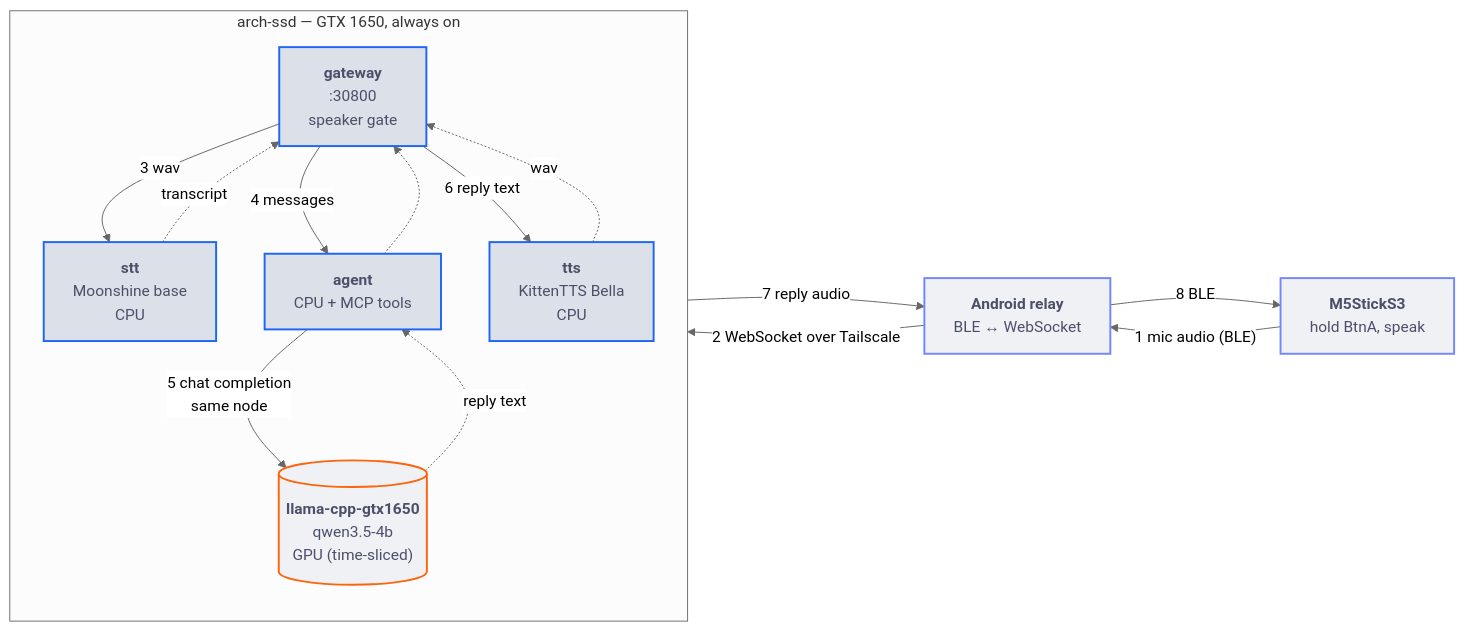
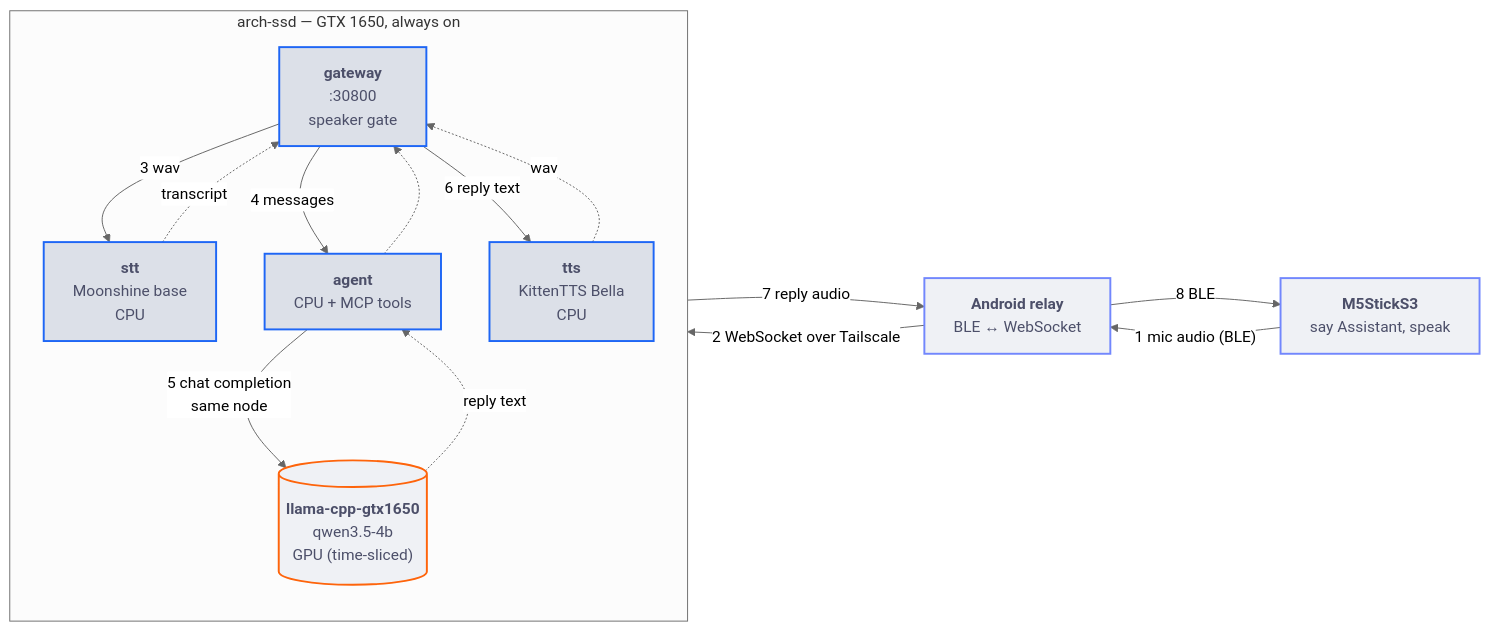
One commit to adixg/voice-assistant changed the third of 5 diagrams in README.md. Above: the diagram before and after it, drawn with Mermaid (neutral theme). The commit also changed other lines of this file and 5 other files, not shown here.

````diff
--- a/README.md
+++ b/README.md
@@ -178,34 +102,34 @@
 ```mermaid
 flowchart LR
-    stick["<b>M5StickS3</b><br>hold BtnA, speak"]
+    stick["<b>M5StickS3</b><br>say Assistant, speak"]
     phone["<b>Android relay</b><br>BLE ↔ WebSocket"]
 
     subgraph ssd["arch-ssd — GTX 1650, always on"]
         direction TB
         gw["<b>gateway</b><br>:30800<br>speaker gate"]
         stt["<b>stt</b><br>Moonshine base<br>CPU"]
         agent["<b>agent</b><br>CPU + MCP tools"]
         llm[("<b>llama-cpp-gtx1650</b><br>qwen3.5-4b<br>GPU (time-sliced)")]
         tts["<b>tts</b><br>KittenTTS Bella<br>CPU"]
     end
 
     stick -->|"1 mic audio (BLE)"| phone
     phone -->|"2 WebSocket over Tailscale"| gw
     gw -->|"3 wav"| stt
     stt -.->|transcript| gw
     gw -->|"4 messages"| agent
     agent -->|"5 chat completion<br>same node"| llm
     llm -.->|reply text| agent
     agent -.-> gw
     gw -->|"6 reply text"| tts
     tts -.->|wav| gw
     gw -->|"7 reply audio"| phone
     phone -->|"8 BLE"| stick
 
     classDef dev fill:#eff1f5,stroke:#7287fd,stroke-width:2px,color:#4c4f69
     classDef svc fill:#dce0e8,stroke:#1e66f5,stroke-width:2px,color:#4c4f69
     classDef gpu fill:#eff1f5,stroke:#fe640b,stroke-width:2px,color:#4c4f69
     class stick,phone dev
     class gw,stt,agent,tts svc
     class llm gpu
 ```
````
